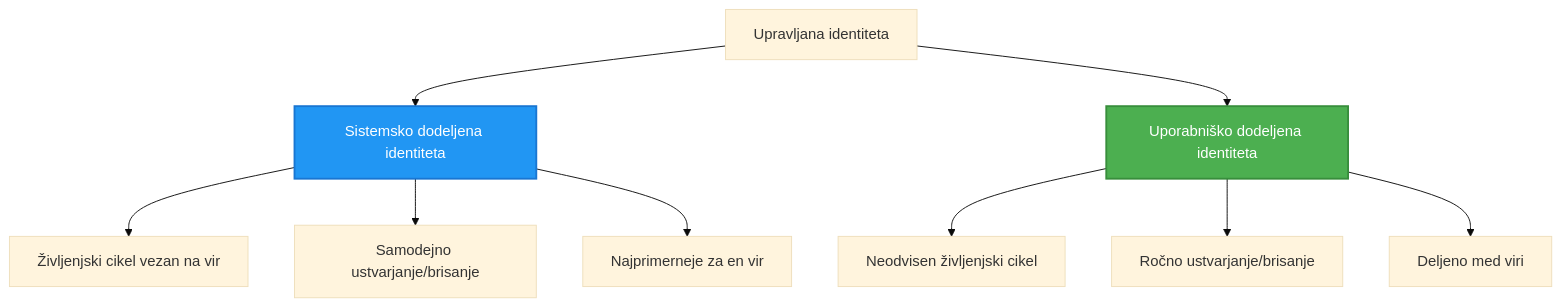
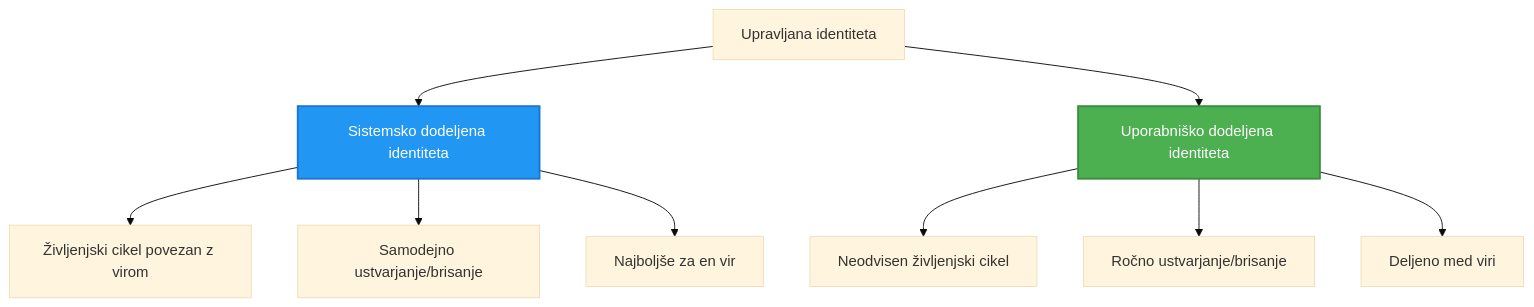
The second of 2 diagrams in translations/sl/docs/chapter-03-configuration/authsecurity.md (microsoft/AZD-for-beginners), drawn with Mermaid (base theme) before and after one commit. The commit also changed other lines of this file and 104 other files, not shown here.

````diff
--- a/translations/sl/docs/chapter-03-configuration/authsecurity.md
+++ b/translations/sl/docs/chapter-03-configuration/authsecurity.md
@@ -97,20 +98,20 @@
 ```mermaid
 graph TB
     MI[Upravljana identiteta]
     SystemAssigned[Sistemsko dodeljena identiteta]
     UserAssigned[Uporabniško dodeljena identiteta]
     
     MI --> SystemAssigned
     MI --> UserAssigned
     
-    SystemAssigned --> SA1[Življenjski cikel vezan na vir]
+    SystemAssigned --> SA1[Življenjski cikel povezan z virom]
     SystemAssigned --> SA2[Samodejno ustvarjanje/brisanje]
-    SystemAssigned --> SA3[Najprimerneje za en vir]
+    SystemAssigned --> SA3[Najboljše za en vir]
     
     UserAssigned --> UA1[Neodvisen življenjski cikel]
     UserAssigned --> UA2[Ročno ustvarjanje/brisanje]
     UserAssigned --> UA3[Deljeno med viri]
     
     style SystemAssigned fill:#2196F3,stroke:#1976D2,stroke-width:2px,color:#fff
     style UserAssigned fill:#4CAF50,stroke:#388E3C,stroke-width:2px,color:#fff
 ```
````
